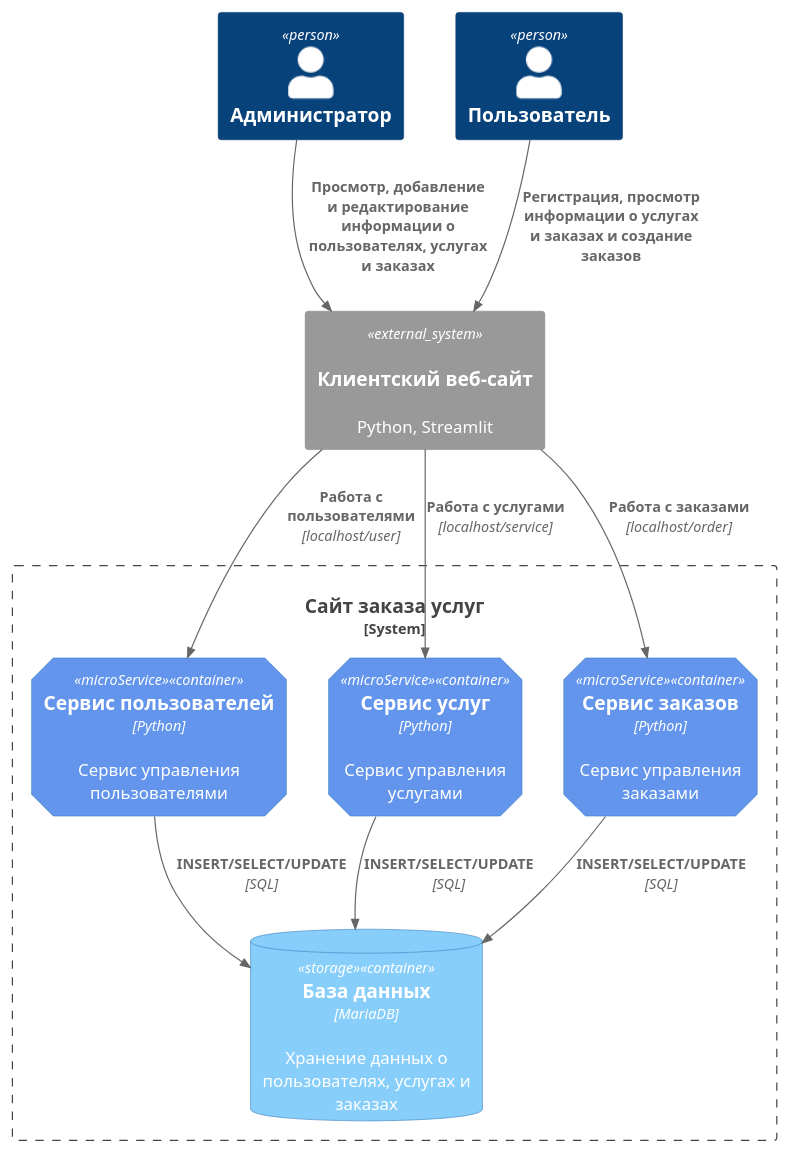
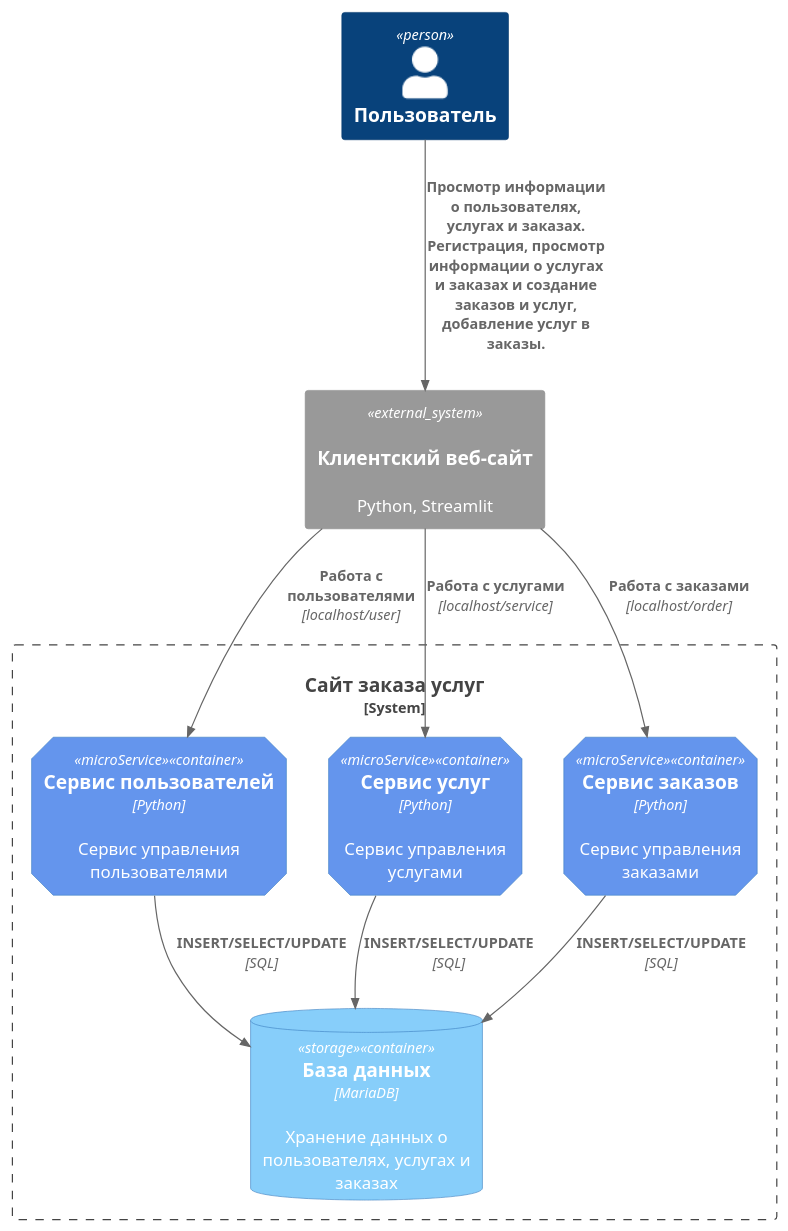
The diagram in umls/companent_diagram.iuml (KoryakovDmitry/hl_mai_lab_01_python), drawn with PlantUML before and after one commit. The commit also changed 1 other file, not shown here.

```diff
--- a/umls/companent_diagram.iuml
+++ b/umls/companent_diagram.iuml
@@ -1,32 +1,30 @@
 @startuml
 !include https://raw.githubusercontent.com/plantuml-stdlib/C4-PlantUML/master/C4_Container.puml
 
 AddElementTag("microService", $shape=EightSidedShape(), $bgColor="CornflowerBlue", $fontColor="white", $legendText="microservice")
 AddElementTag("storage", $shape=RoundedBoxShape(), $bgColor="lightSkyBlue", $fontColor="white")
 
-Person(admin, "Администратор")
 Person(user, "Пользователь")
 
 System_Ext(web_site, "Клиентский веб-сайт", "Python, Streamlit", "Веб-интерфейс")
 
 System_Boundary(service_order_site, "Сайт заказа услуг") {
    Container(user_service, "Сервис пользователей", "Python", "Сервис управления пользователями", $tags = "microService")
    Container(service_service, "Сервис услуг", "Python", "Сервис управления услугами", $tags = "microService")
    Container(order_service, "Сервис заказов", "Python", "Сервис управления заказами", $tags = "microService")
    ContainerDb(db, "База данных", "MariaDB", "Хранение данных о пользователях, услугах и заказах", $tags = "storage")
 
 }
 
-Rel(admin, web_site, "Просмотр, добавление и редактирование информации о пользователях, услугах и заказах")
-Rel(user, web_site, "Регистрация, просмотр информации о услугах и заказах и создание заказов")
+Rel(user, web_site, "Просмотр информации о пользователях, услугах и заказах. Регистрация, просмотр информации о услугах и заказах и создание заказов и услуг, добавление услуг в заказы.")
 
 Rel(web_site, user_service, "Работа с пользователями", "localhost/user")
 Rel(user_service, db, "INSERT/SELECT/UPDATE", "SQL")
 
 Rel(web_site, service_service, "Работа с услугами", "localhost/service")
 Rel(service_service, db, "INSERT/SELECT/UPDATE", "SQL")
 
 Rel(web_site, order_service, "Работа с заказами", "localhost/order")
 Rel(order_service, db, "INSERT/SELECT/UPDATE", "SQL")
 
 @enduml
```
